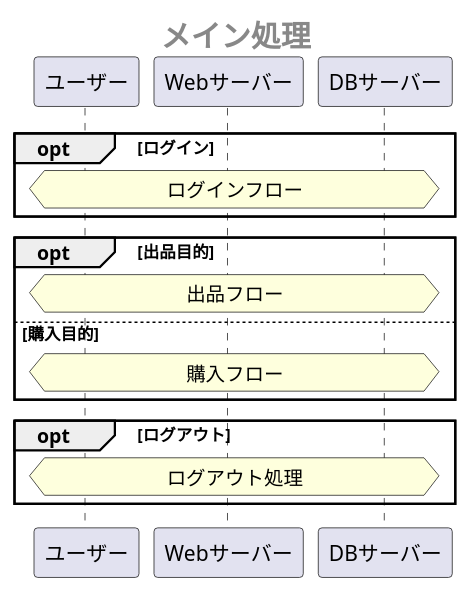
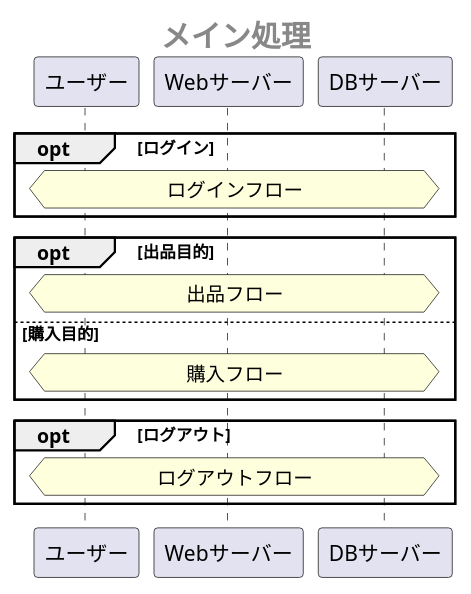
Before and after one commit to Aso2001385/NAISA: the first of 9 diagrams in 設計書/02_業務フロー/2021-12-22BusinessFlow.md, drawn with PlantUML. The commit also changed other lines of this file, not shown here.

````diff
--- a/設計書/02_業務フロー/2021-12-22BusinessFlow.md
+++ b/設計書/02_業務フロー/2021-12-22BusinessFlow.md
@@ -1,22 +1,22 @@
 ```uml 
 @startuml 
  center header <size:20><b>メイン処理</b></size>
  participant ユーザー as user
  participant Webサーバー as web
  participant DBサーバー as db
 
  opt ログイン
   hnote across: ログインフロー
  end
  
  opt 出品目的
    hnote across: 出品フロー
  else 購入目的
    hnote across: 購入フロー
  end
  
  opt ログアウト
-  hnote across: ログアウト処理
+  hnote across: ログアウトフロー
  end
 @enduml
 ```
````
